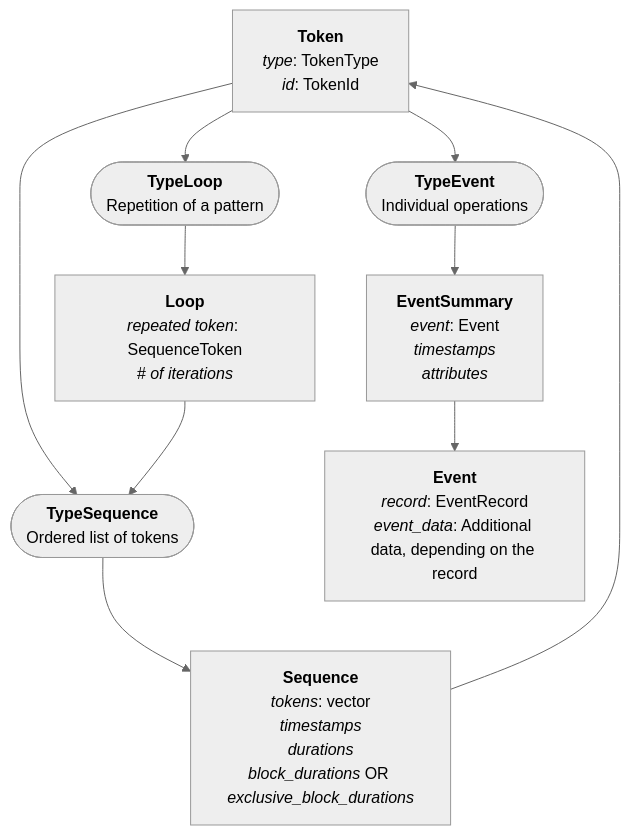
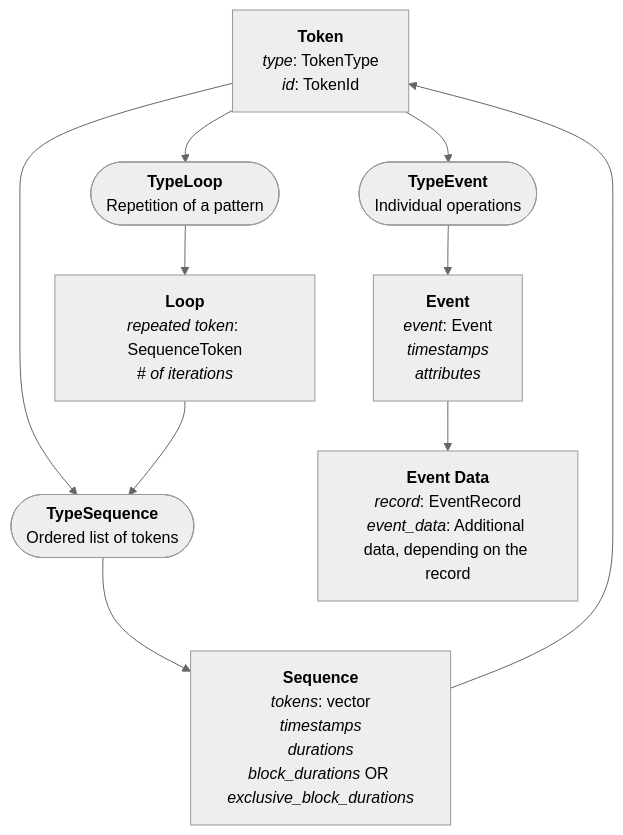
The diagram in docs/02-pallas.md (Pallas-Trace/pallas), drawn with Mermaid (neutral theme) before and after one commit. The commit also changed 3 other files, not shown here.

Commit message:
[refactor] Finished removing references to EventSummary.

````diff
--- a/docs/02-pallas.md
+++ b/docs/02-pallas.md
@@ -65,48 +65,48 @@
 ```mermaid
 flowchart TD
     Token["`**Token** 
     *type*: TokenType
     *id*: TokenId`"]
 
     TypeEvent(["`**TypeEvent**
     Individual operations`"])
 
     TypeSequence(["`**TypeSequence**
     Ordered list of tokens`"])
 
     TypeLoop(["`**TypeLoop**
     Repetition of a pattern
     `"])
 
-    EventSummary["`**EventSummary**
+    Event["`**Event**
     *event*: Event
     *timestamps*
     *attributes*
     `"]
 
-    Event["`**Event**
+    EventData["`**Event Data**
     *record*: EventRecord
     *event_data*: Additional data, depending on the record`"]
 
     Sequence["`**Sequence**
     *tokens*: vector<Token>
     *timestamps*
     *durations*
     *block_durations* OR *exclusive_block_durations*
     `"]
 
     Loop["`**Loop**
     *repeated token*: SequenceToken
     *# of iterations*
     `"]
 
     Token --> TypeEvent
     Token --> TypeSequence
     Token --> TypeLoop
-    TypeEvent --> EventSummary
+    TypeEvent --> Event
     TypeSequence --> Sequence
     TypeLoop --> Loop
-    EventSummary --> Event
+    Event --> EventData
     Loop --> TypeSequence
     Sequence --> Token
 ```
````
